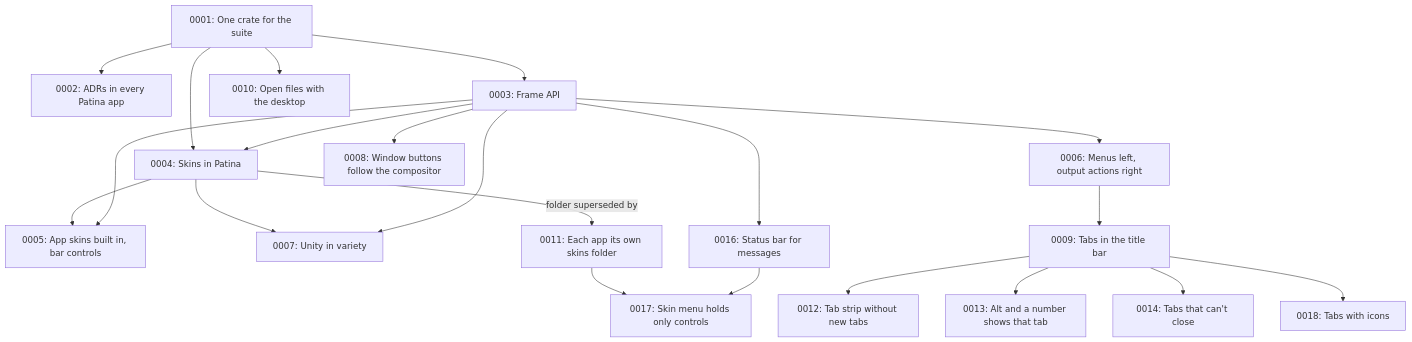
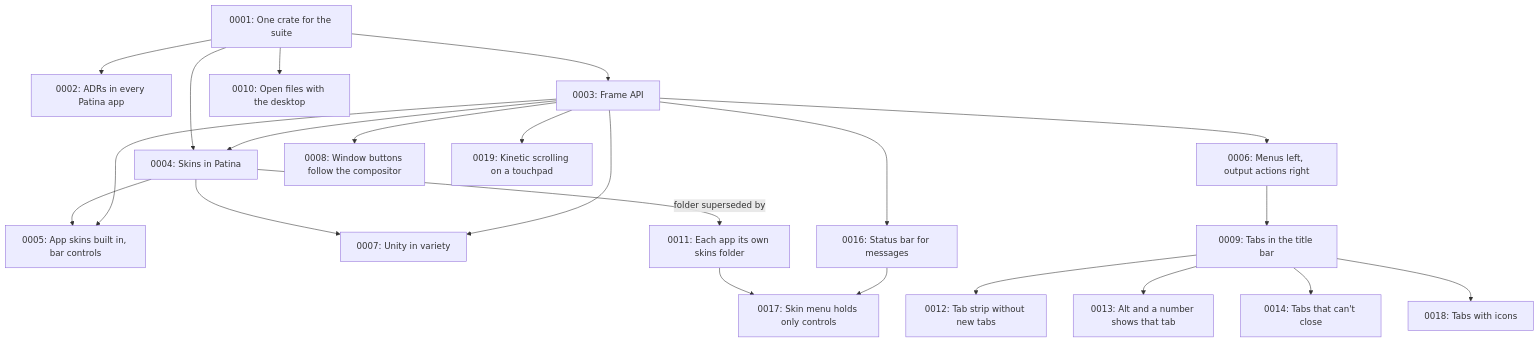
Before and after one commit to Sector-F-Labs/patina: the diagram in docs/adr/README.md, drawn with Mermaid. The commit also changed other lines of this file and 4 other files, not shown here.

Commit message:
kinetic::glide: a touchpad flick keeps scrolling after the fingers lift

````diff
--- a/docs/adr/README.md
+++ b/docs/adr/README.md
@@ -66,23 +67,24 @@
 ```mermaid
 flowchart TD
     A[0001: One crate for the suite] --> B[0002: ADRs in every Patina app]
     A --> C[0003: Frame API]
     A --> D[0004: Skins in Patina]
     C --> D
     D --> E[0005: App skins built in, bar controls]
     C --> F[0006: Menus left, output actions right]
     C --> E
     D --> G[0007: Unity in variety]
     C --> G
     C --> H[0008: Window buttons follow the compositor]
     F --> I[0009: Tabs in the title bar]
     A --> J[0010: Open files with the desktop]
     D -->|folder superseded by| K[0011: Each app its own skins folder]
     I --> L[0012: Tab strip without new tabs]
     I --> M[0013: Alt and a number shows that tab]
     I --> N[0014: Tabs that can't close]
     I --> Q[0018: Tabs with icons]
     C --> O[0016: Status bar for messages]
     K --> P[0017: Skin menu holds only controls]
     O --> P
+    C --> R[0019: Kinetic scrolling on a touchpad]
 ```
````
